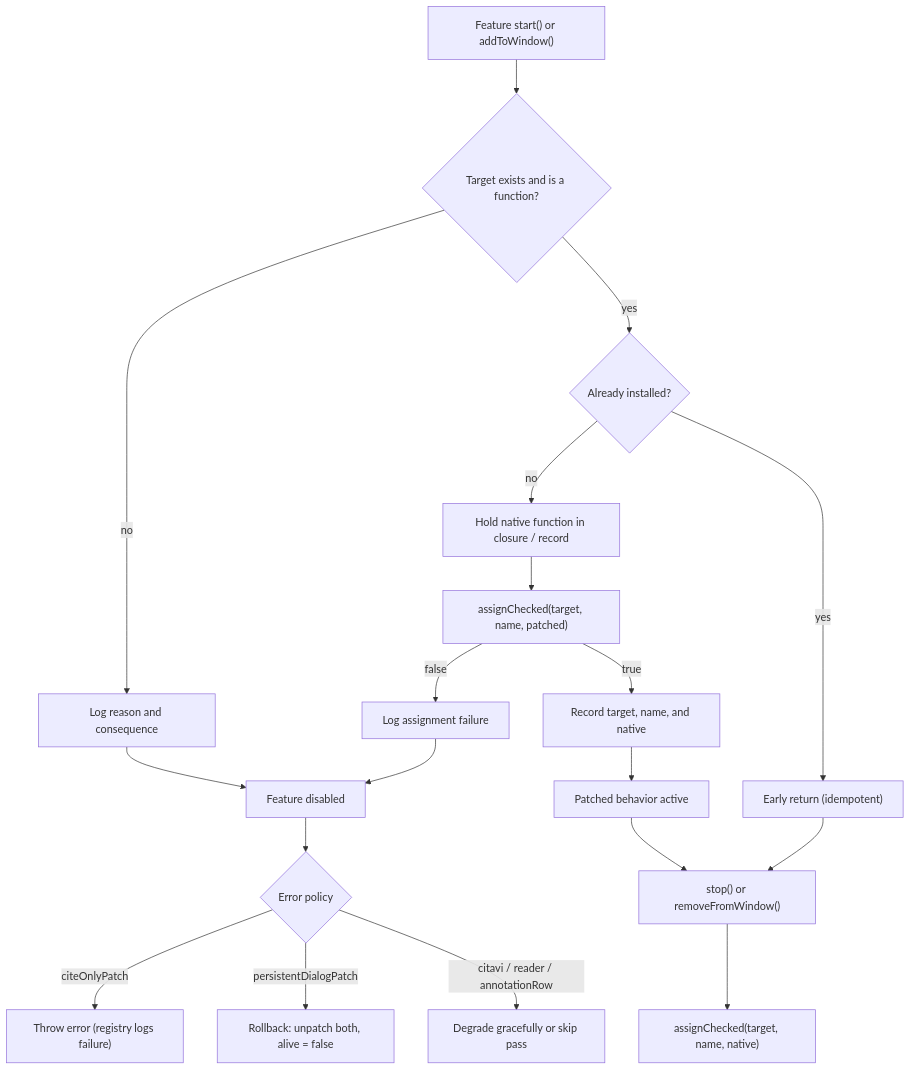
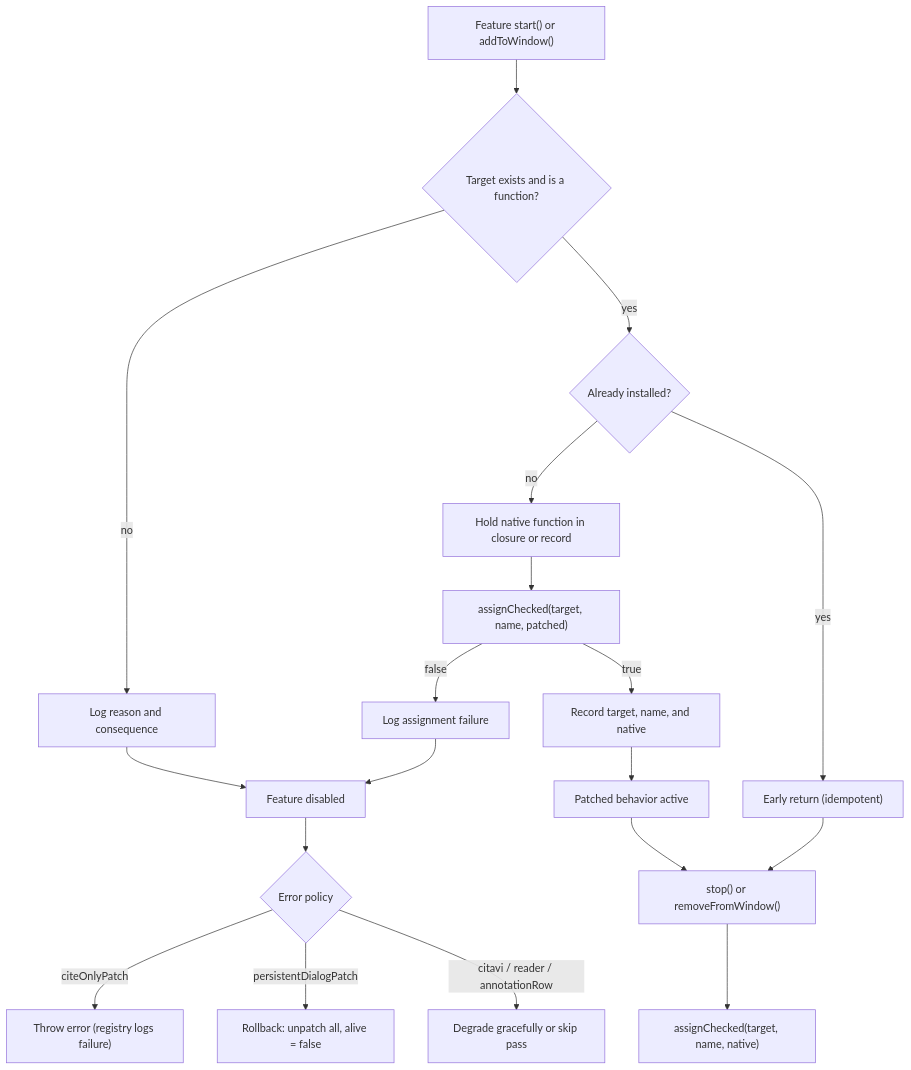
One commit to justanotherjurastudent/zotero_FlexAnnotate changed the first of 3 diagrams in openwiki/architecture/patching.md. Above: the diagram before and after it, drawn with Mermaid. The commit also changed other lines of this file and 38 other files, not shown here.

````diff
--- a/openwiki/architecture/patching.md
+++ b/openwiki/architecture/patching.md
@@ -123,21 +133,21 @@
 ```mermaid
 flowchart TD
     S["Feature start() or addToWindow()"] --> T{"Target exists and is a function?"}
     T -- "no" --> L1["Log reason and consequence"]
     T -- "yes" --> G{"Already installed?"}
     G -- "yes" --> OK2["Early return (idempotent)"]
-    G -- "no" --> W["Hold native function in closure / record"]
+    G -- "no" --> W["Hold native function in closure or record"]
     W --> AC["assignChecked(target, name, patched)"]
     AC -- "true" --> OK["Record target, name, and native"]
     AC -- "false" --> L2["Log assignment failure"]
     L1 --> OFF["Feature disabled"]
     L2 --> OFF
     OFF --> POL{"Error policy"}
     POL -- "citeOnlyPatch" --> THR["Throw error (registry logs failure)"]
-    POL -- "persistentDialogPatch" --> RB["Rollback: unpatch both, alive = false"]
+    POL -- "persistentDialogPatch" --> RB["Rollback: unpatch all, alive = false"]
     POL -- "citavi / reader / annotationRow" --> DEG["Degrade gracefully or skip pass"]
     OK --> RUN["Patched behavior active"]
     RUN --> ST["stop() or removeFromWindow()"]
     ST --> RE["assignChecked(target, name, native)"]
     OK2 --> ST
 ```
````
